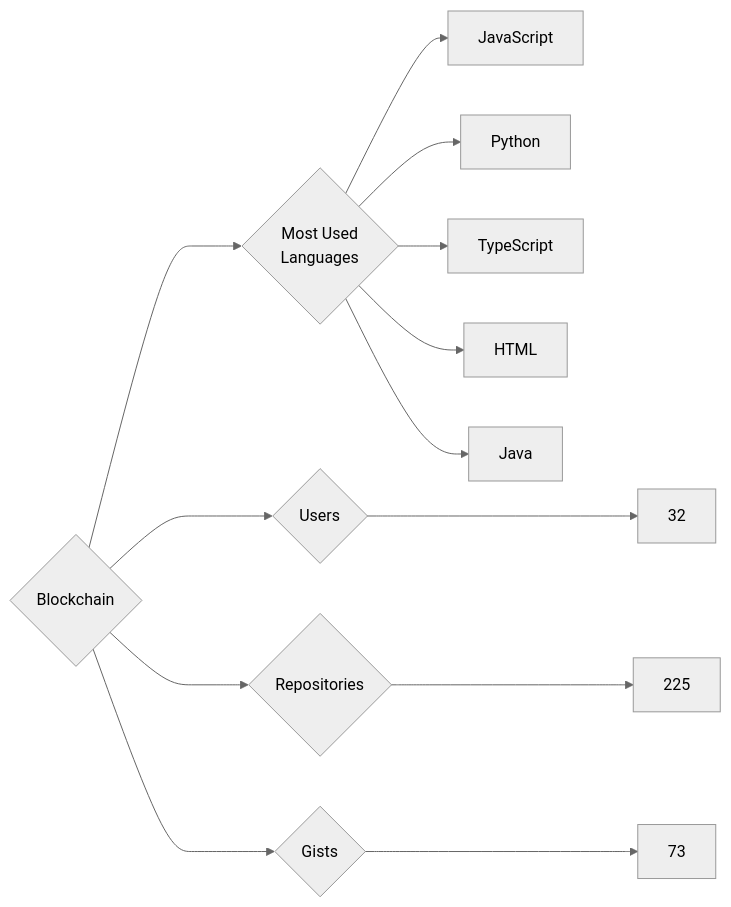
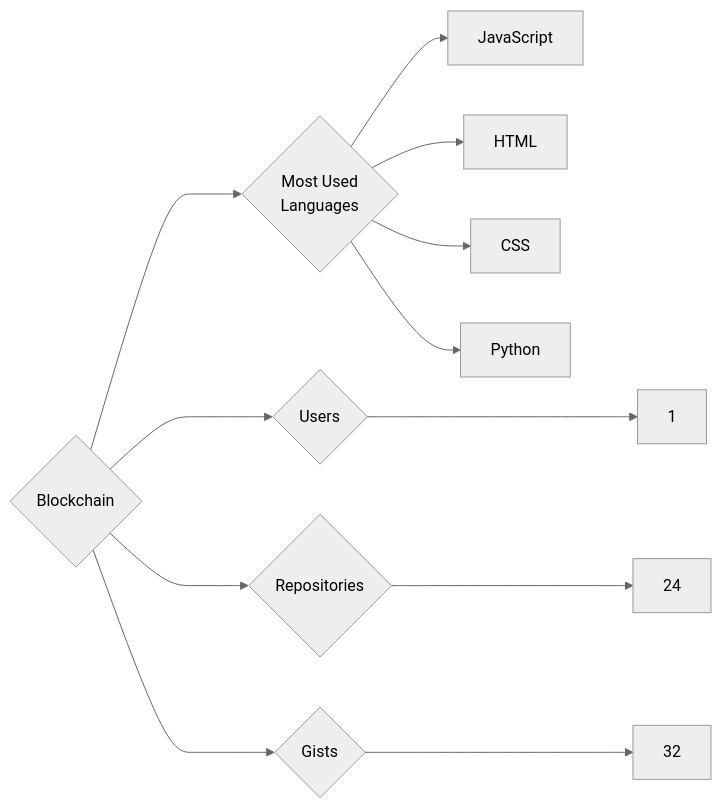
The diagram in targets/Blockchain/README.md (trickest/insiders), drawn with Mermaid (neutral theme) before and after one commit. The commit also changed 882 other files, not shown here.

````diff
--- a/targets/Blockchain/README.md
+++ b/targets/Blockchain/README.md
@@ -3,13 +3,12 @@
 ```mermaid
 graph LR
 COMPANY_NAME{Blockchain}
-COMPANY_NAME ---> U{Users} ---> UN[32]
-COMPANY_NAME ---> R{Repositories} ---> RN[225]
-COMPANY_NAME ---> G{Gists} ---> GN[73]
+COMPANY_NAME ---> U{Users} ---> UN[1]
+COMPANY_NAME ---> R{Repositories} ---> RN[24]
+COMPANY_NAME ---> G{Gists} ---> GN[32]
 COMPANY_NAME ---> ML{Most Used<br>Languages}
 ML --> JavaScript[JavaScript]
+ML --> HTML[HTML]
+ML --> CSS[CSS]
 ML --> Python[Python]
-ML --> TypeScript[TypeScript]
-ML --> HTML[HTML]
-ML --> Java[Java]
 ```
````
